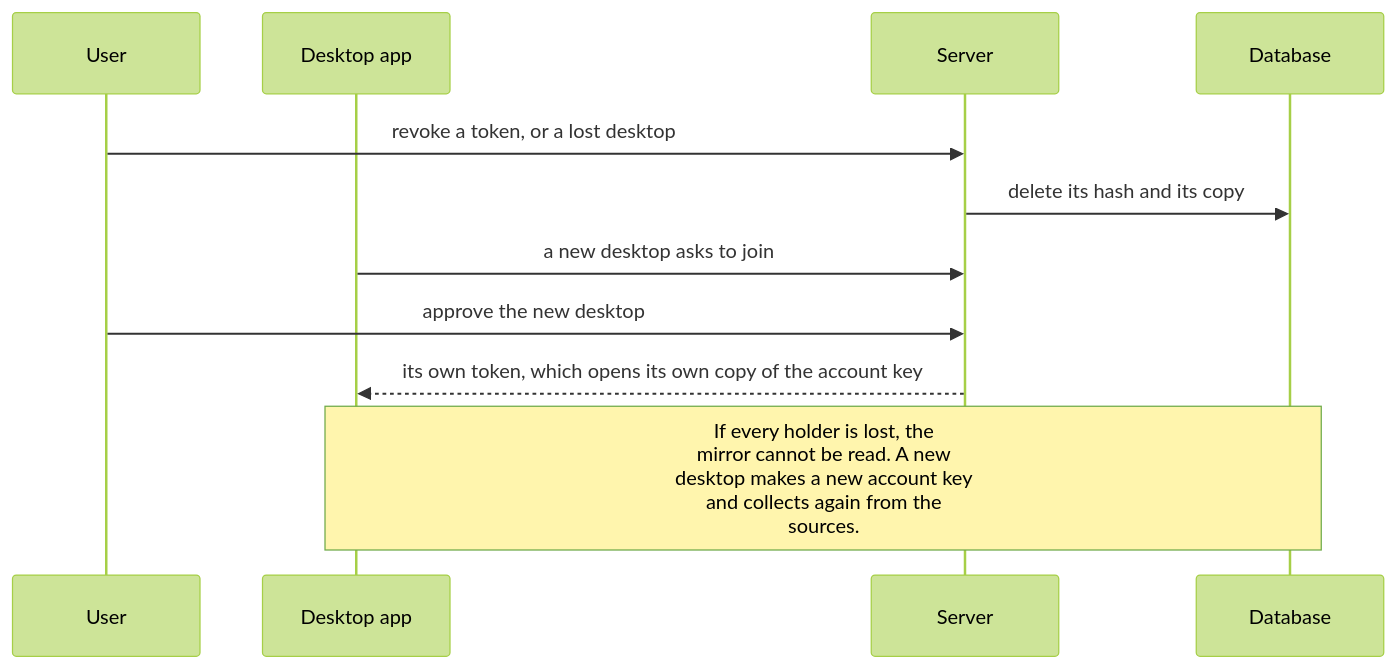
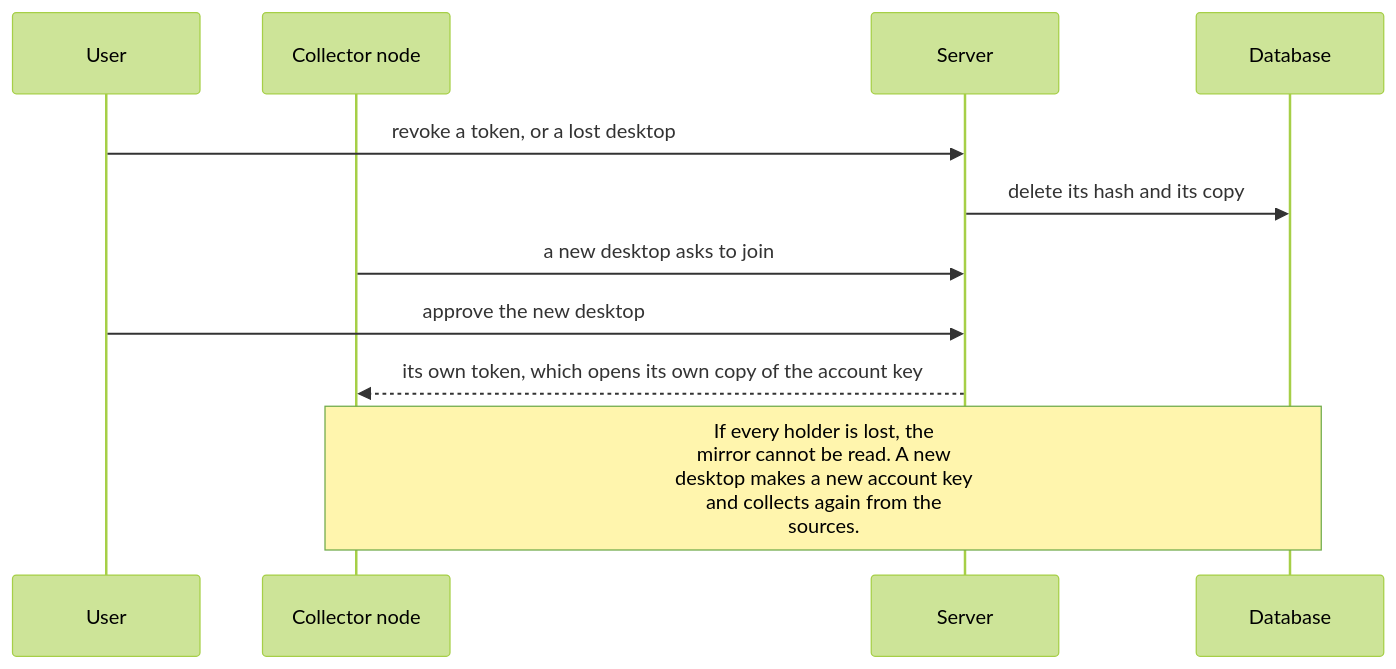
Before and after one commit to ajs-consult-llc/mirror-encryption-rfc: the diagram in diagrams/revoke-and-recover-4-parties.mmd, drawn with Mermaid (forest theme). The commit also changed 34 other files, not shown here.

```diff
--- a/diagrams/revoke-and-recover-4-parties.mmd
+++ b/diagrams/revoke-and-recover-4-parties.mmd
@@ -1,13 +1,13 @@
 sequenceDiagram
   accTitle: Revoking deletes a copy, and recovery needs another approved device
   accDescr: Revoke and recover. The user revokes a token, or a lost desktop, and the server deletes its hash and its copy in the database. A new desktop asks the server to join, the user approves the new desktop, and the server gives the new desktop its own token, which opens its own copy of the account key. If every holder is lost, the mirror cannot be read, and a new desktop makes a new account key and collects again from the sources.
   participant U as User
-  participant D as Desktop app
+  participant D as Collector node
   participant S as Server
   participant DB as Database
   U->>S: revoke a token, or a lost desktop
   S->>DB: delete its hash and its copy
   D->>S: a new desktop asks to join
   U->>S: approve the new desktop
   S-->>D: its own token, which opens its own copy of the account key
   Note over D,DB: If every holder is lost, the<br/>mirror cannot be read. A new<br/>desktop makes a new account key<br/>and collects again from the<br/>sources.
```
